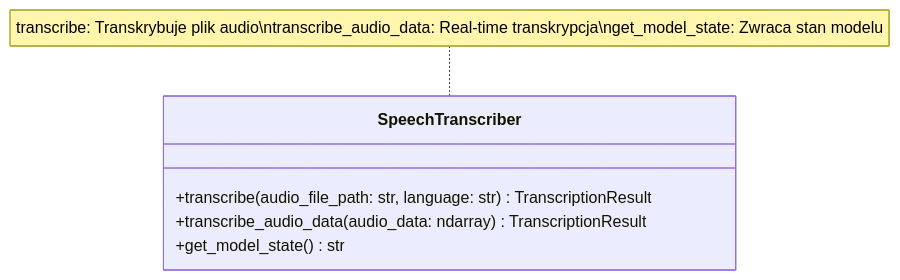
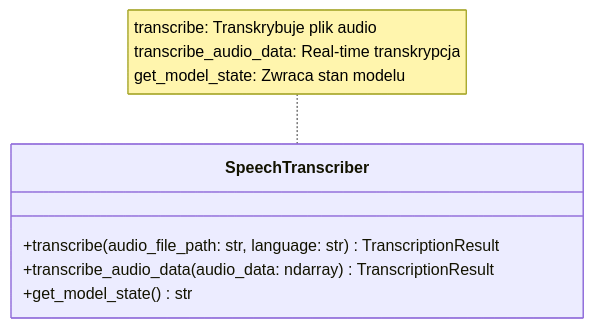
One commit to patiball/whisper-dictation changed the third of 4 diagrams in docs/ARCHITECTURE.md. Above: the diagram before and after it, drawn with Mermaid. The commit also changed other lines of this file, not shown here.

Commit message:
docs: Fix Mermaid diagram newline rendering in ARCHITECTURE.md

````diff
--- a/docs/ARCHITECTURE.md
+++ b/docs/ARCHITECTURE.md
@@ -131,9 +131,9 @@
 ```mermaid
 classDiagram
     class SpeechTranscriber {
         +transcribe(audio_file_path: str, language: str) TranscriptionResult
         +transcribe_audio_data(audio_data: ndarray) TranscriptionResult
         +get_model_state() str
     }
-    note for SpeechTranscriber "transcribe: Transkrybuje plik audio\ntranscribe_audio_data: Real-time transkrypcja\nget_model_state: Zwraca stan modelu"
+    note for SpeechTranscriber "transcribe: Transkrybuje plik audio<br/>transcribe_audio_data: Real-time transkrypcja<br/>get_model_state: Zwraca stan modelu"
 ```
````
